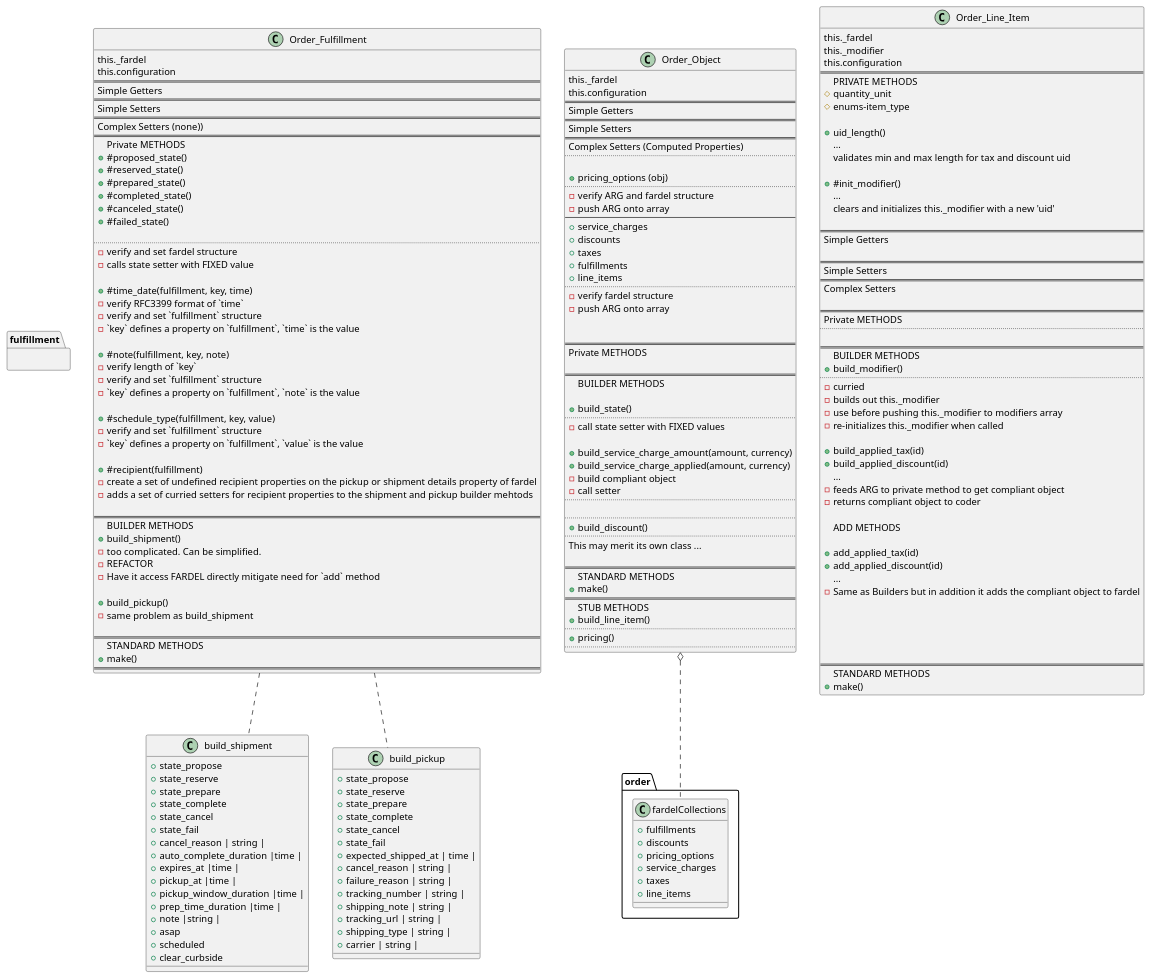
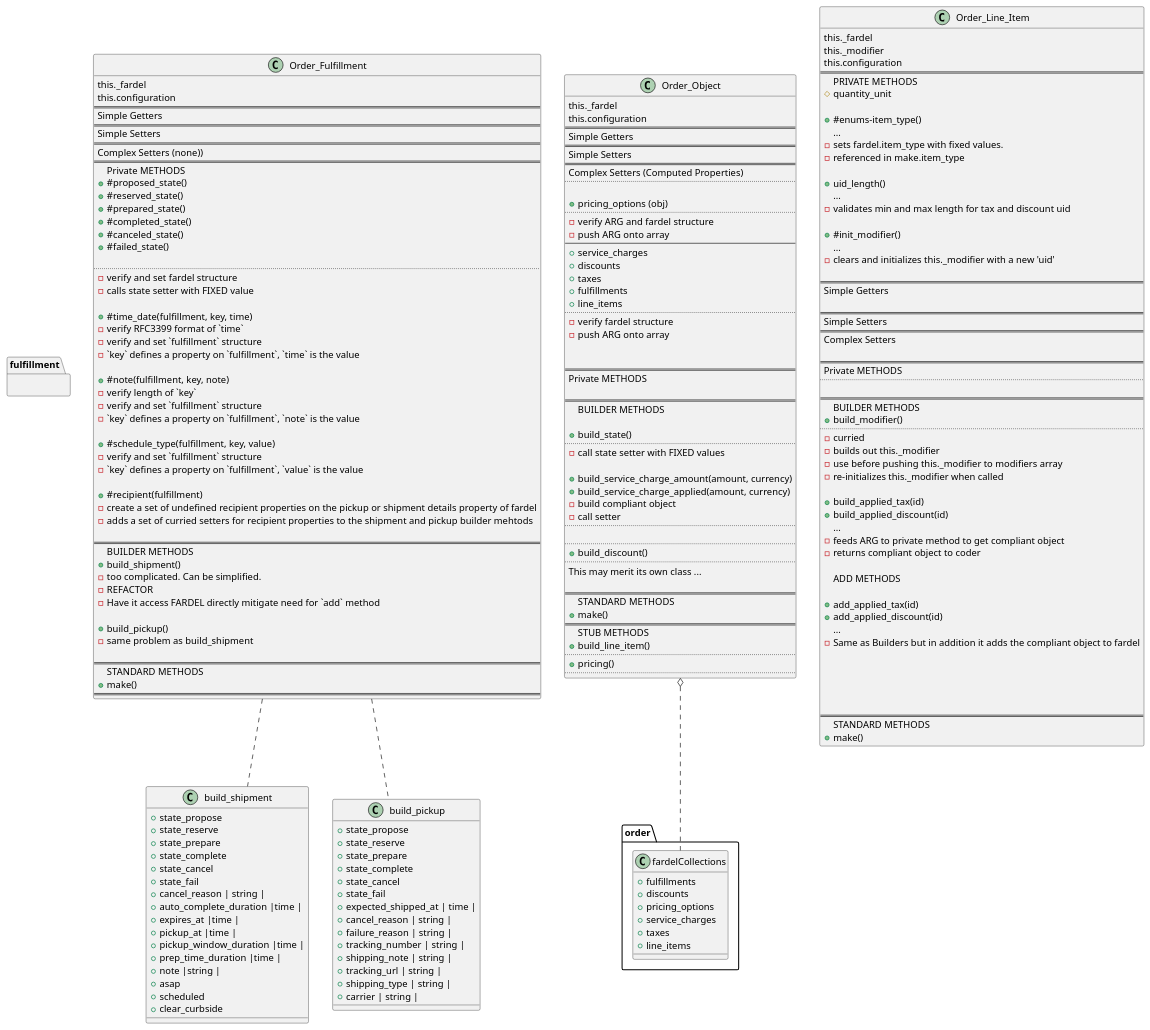
Before and after one commit to TwoFistedJustice/square-pie: the diagram in docs/uml/order_object_pie.puml, drawn with PlantUML. The commit also changed 1 other file, not shown here.

Commit message:
feat: implement enum function for item type docs: update uml to reflect new method

```diff
--- a/docs/uml/order_object_pie.puml
+++ b/docs/uml/order_object_pie.puml
@@ -143,15 +143,19 @@
 ==
 PRIVATE METHODS
 #quantity_unit
-#enums-item_type
+
++#enums-item_type()
+...
+- sets fardel.item_type with fixed values.
+- referenced in make.item_type
 
 +uid_length()
 ...
-validates min and max length for tax and discount uid
+- validates min and max length for tax and discount uid
 
 +#init_modifier()
 ...
- clears and initializes this._modifier with a new 'uid'
+ - clears and initializes this._modifier with a new 'uid'
 
 ==
 Simple Getters
```
